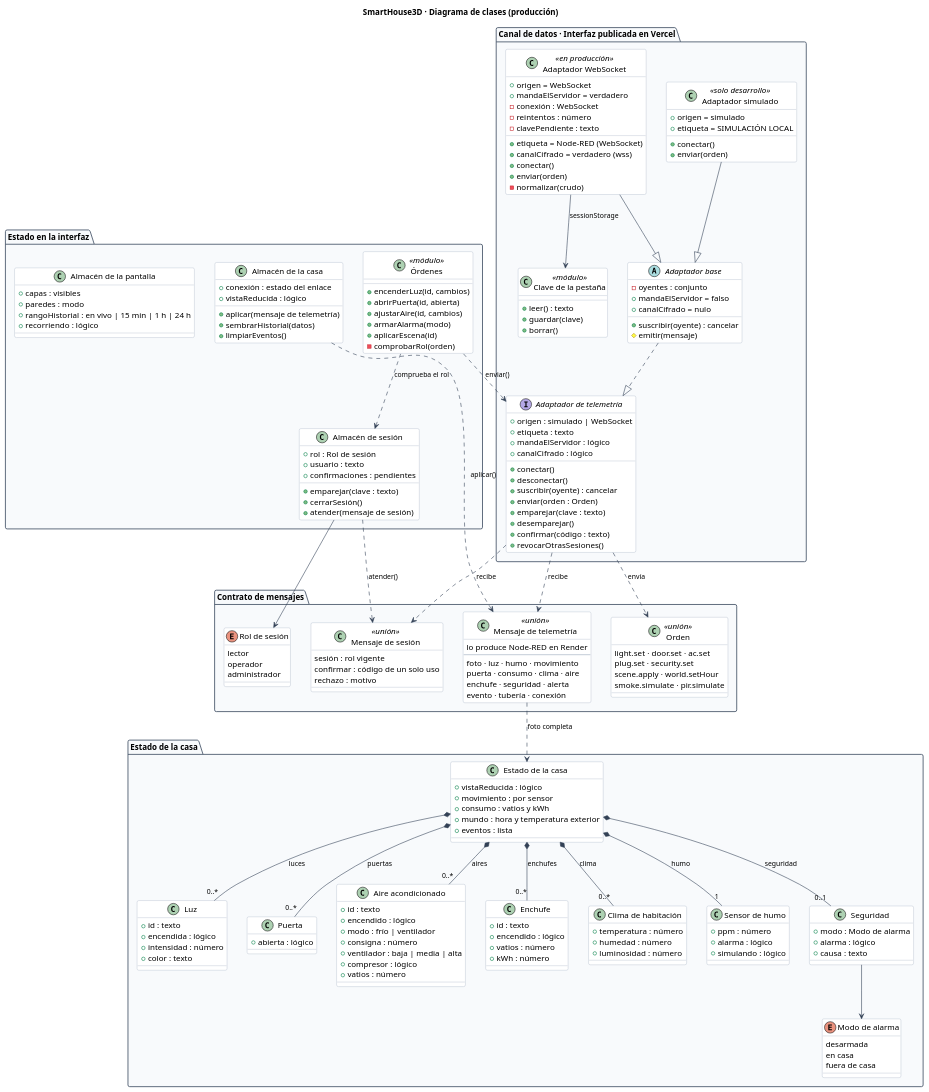
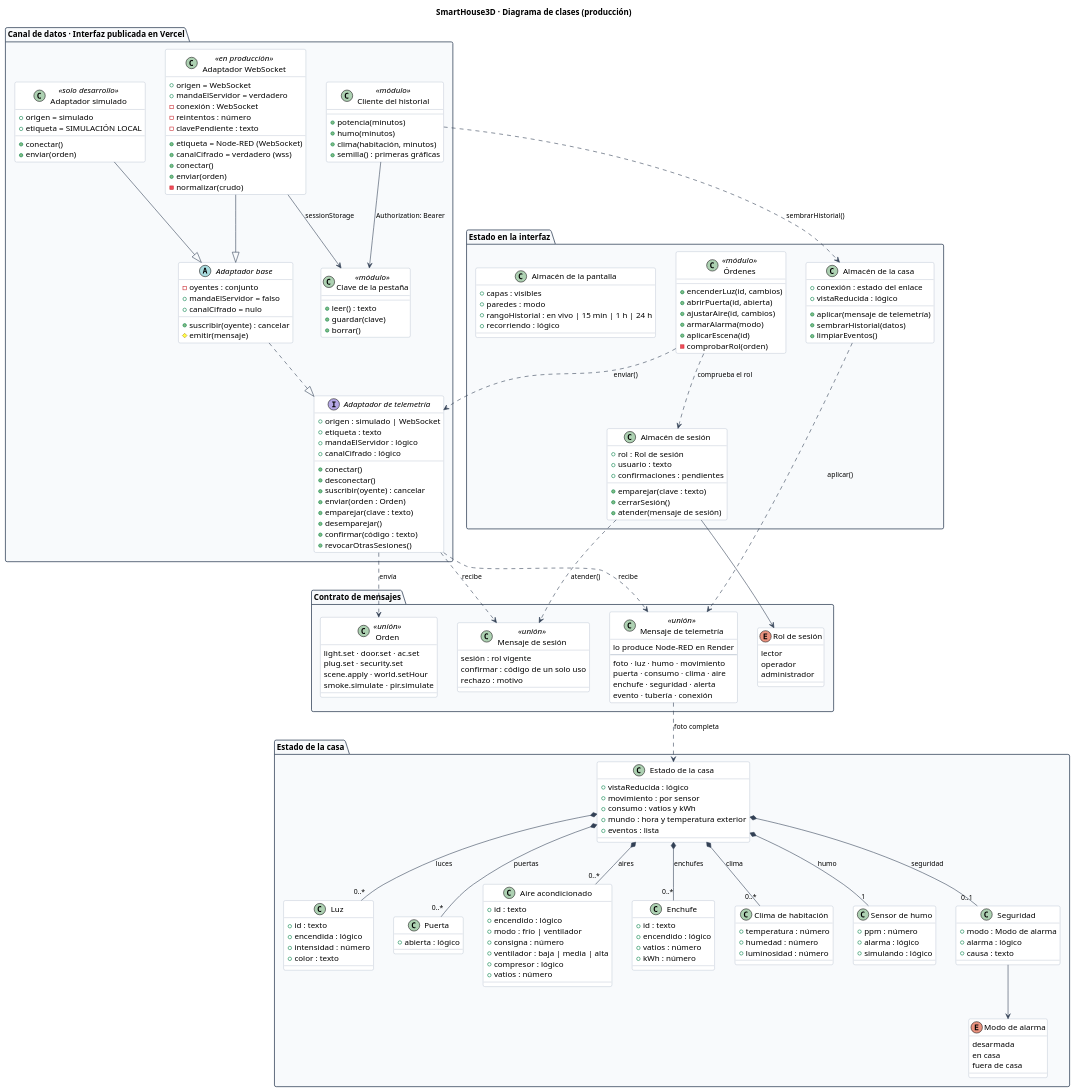
Before and after one commit to WilderG2004/SmartHouse3D: the diagram in docs/diagramas/clases.puml, drawn with PlantUML. The commit also changed 3 other files, not shown here.

First line of the commit message:
Diagramas: cerrar los caminos que faltaban

```diff
--- a/docs/diagramas/clases.puml
+++ b/docs/diagramas/clases.puml
@@ -76,10 +76,18 @@
     +borrar()
   }
 
+  class "Cliente del historial" as historyApi <<módulo>> {
+    +potencia(minutos)
+    +humo(minutos)
+    +clima(habitación, minutos)
+    +semilla() : primeras gráficas
+  }
+
   BaseAdapter ..|> TelemetryAdapter
   WebSocketAdapter --|> BaseAdapter
   SimulatedAdapter --|> BaseAdapter
   WebSocketAdapter --> pairingKey : "sessionStorage"
+  historyApi --> pairingKey : "Authorization: Bearer"
 }
 
 package "Contrato de mensajes" {
@@ -225,6 +233,7 @@
 TelemetryAdapter ..> SessionMessage : "recibe"
 TelemetryMessage ..> HouseSnapshot : "foto completa"
 HouseStore ..> TelemetryMessage : "aplicar()"
+historyApi ..> HouseStore : "sembrarHistorial()"
 SessionStore ..> SessionMessage : "atender()"
 SessionStore --> SessionRole
 
```
